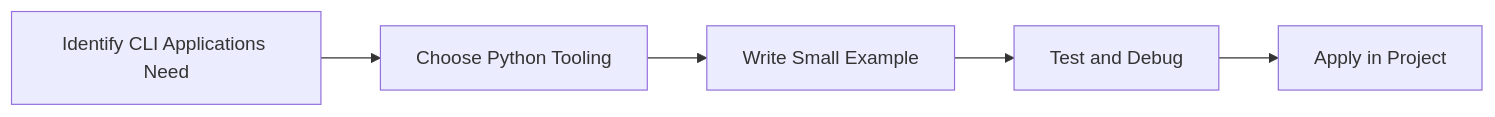
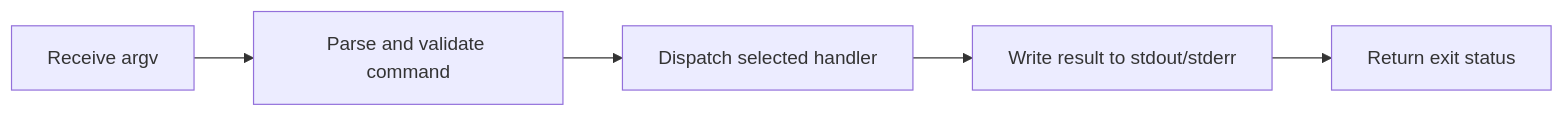
The diagram in Python-Mastery/Intermediate/35-cli-applications.md (SYMOIZ/E-Learning-Portal), drawn with Mermaid before and after one commit. The commit also changed other lines of this file and 116 other files, not shown here.

````diff
--- a/Python-Mastery/Intermediate/35-cli-applications.md
+++ b/Python-Mastery/Intermediate/35-cli-applications.md
@@ -146,7 +173,7 @@
 ```mermaid
 flowchart LR
-    A[Identify CLI Applications Need] --> B[Choose Python Tooling]
-    B --> C[Write Small Example]
-    C --> D[Test and Debug]
-    D --> E[Apply in Project]
+    A[Receive argv] --> B[Parse and validate command]
+    B --> C[Dispatch selected handler]
+    C --> D[Write result to stdout/stderr]
+    D --> E[Return exit status]
 ```
````
